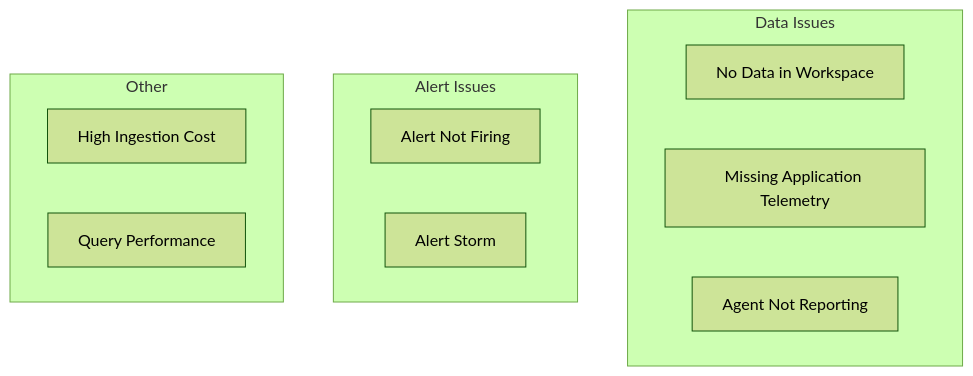
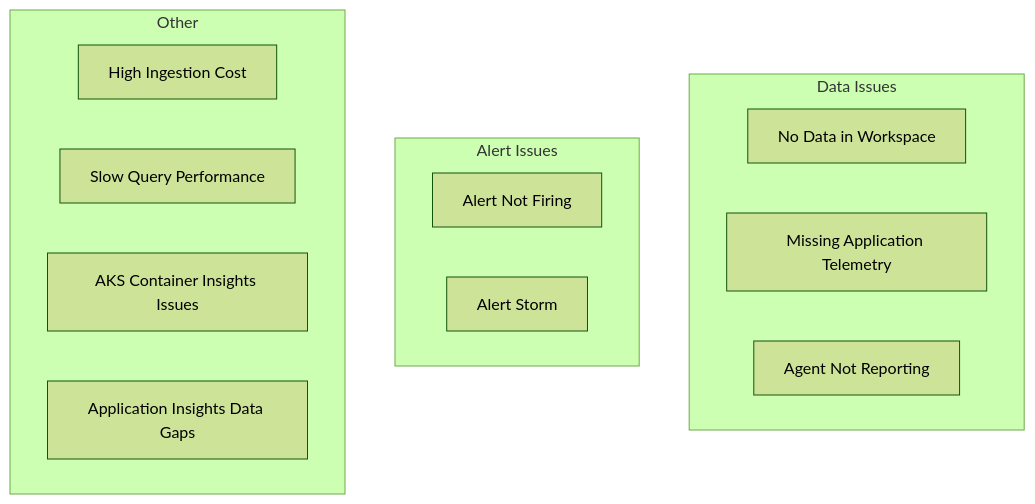
The diagram in docs/troubleshooting/playbooks/index.md (yeongseon/azure-monitoring-practical-guide), drawn with Mermaid (forest theme) before and after one commit. The commit also changed other lines of this file and 50 other files, not shown here.

````diff
--- a/docs/troubleshooting/playbooks/index.md
+++ b/docs/troubleshooting/playbooks/index.md
@@ -5,18 +5,20 @@
 ```mermaid
 graph TB
     subgraph "Data Issues"
         A[No Data in Workspace]
         B[Missing Application Telemetry]
         C[Agent Not Reporting]
     end
-    
+
     subgraph "Alert Issues"
         D[Alert Not Firing]
         E[Alert Storm]
     end
-    
+
     subgraph "Other"
         F[High Ingestion Cost]
-        G[Query Performance]
+        G[Slow Query Performance]
+        H[AKS Container Insights Issues]
+        I[Application Insights Data Gaps]
     end
 ```
````
